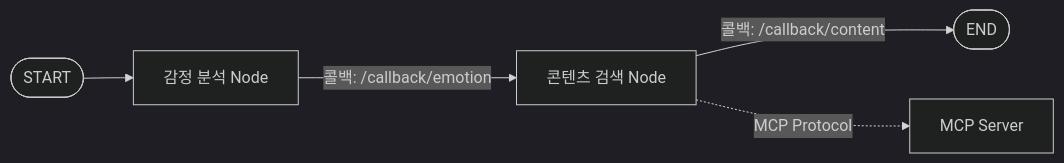
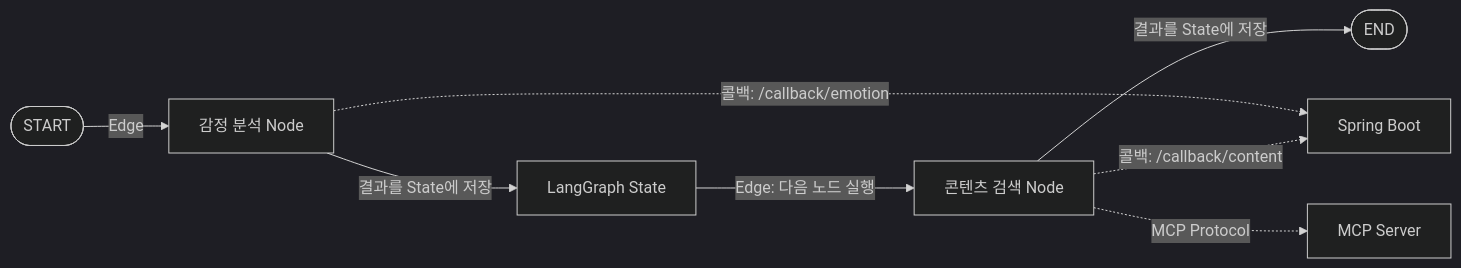
Before and after one commit to xowns4817/Emotion_Web-anti-: the fourth of 5 diagrams in DESIGN.md, drawn with Mermaid (dark theme). The commit also changed other lines of this file, not shown here.

````diff
--- a/DESIGN.md
+++ b/DESIGN.md
@@ -331,7 +333,10 @@
 ```mermaid
 graph LR
-    START(["START"]) --> EMOTION["감정 분석 Node"]
-    EMOTION -->|"콜백: /callback/emotion"| CONTENT["콘텐츠 검색 Node"]
-    CONTENT -->|"콜백: /callback/content"| END_(["END"])
+    START(["START"]) -->|"Edge"| EMOTION["감정 분석 Node"]
+    EMOTION -->|"결과를 State에 저장"| LG["LangGraph State"]
+    LG -->|"Edge: 다음 노드 실행"| CONTENT["콘텐츠 검색 Node"]
+    CONTENT -->|"결과를 State에 저장"| END_(["END"])
+    EMOTION -.->|"콜백: /callback/emotion"| SB["Spring Boot"]
+    CONTENT -.->|"콜백: /callback/content"| SB
     CONTENT -.->|"MCP Protocol"| MCP["MCP Server"]
 ```
````
